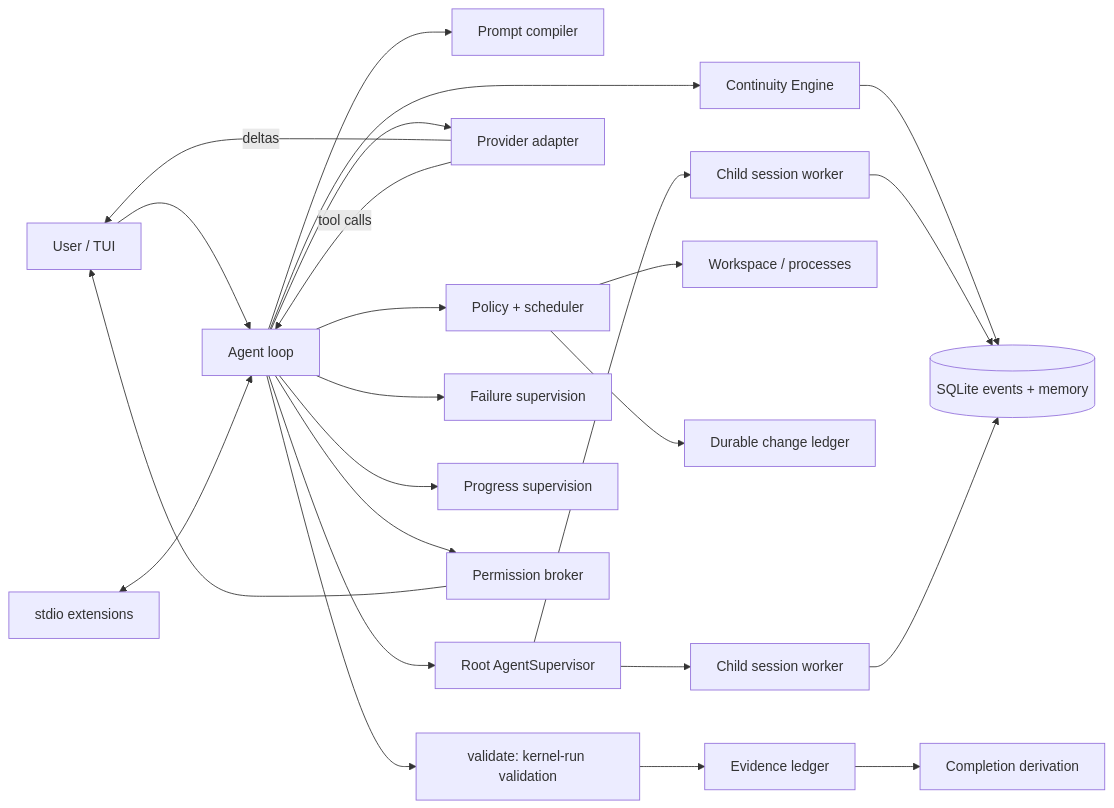
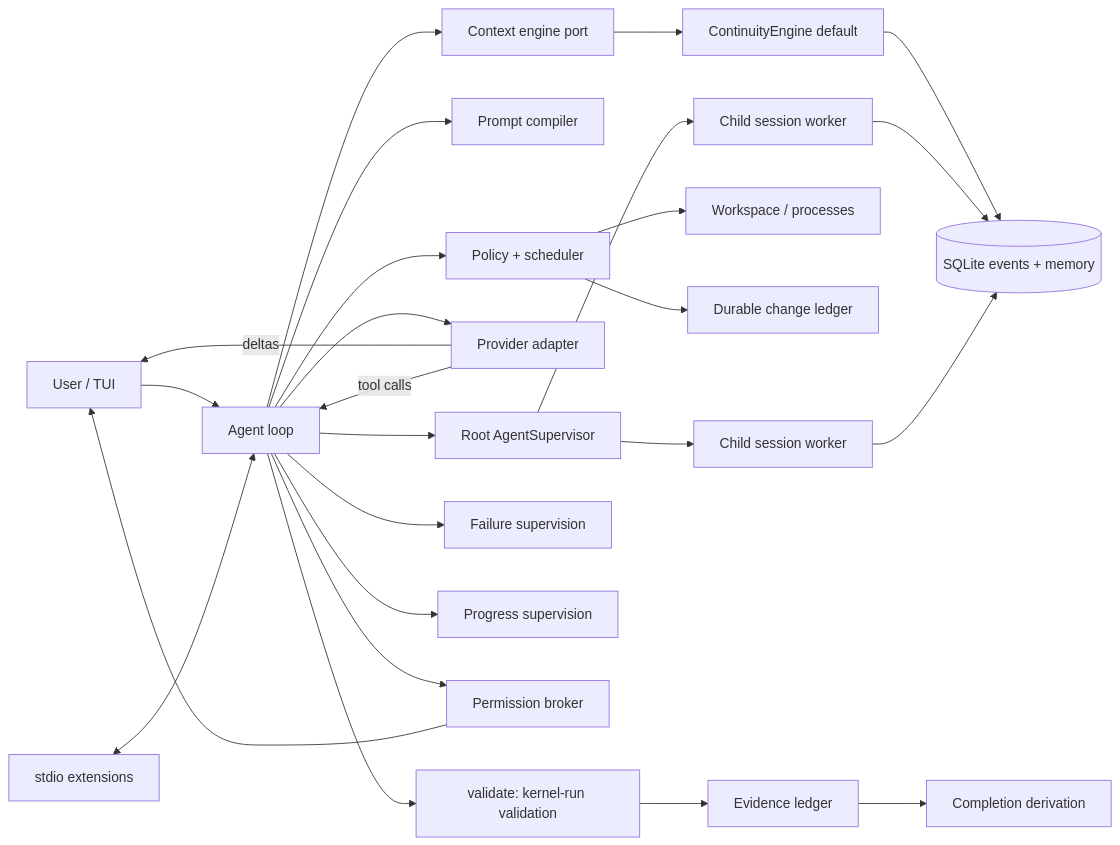
Before and after one commit to JinShuo-Li/latch: the diagram in docs/ARCHITECTURE.md, drawn with Mermaid. The commit also changed other lines of this file and 12 other files, not shown here.

First line of the commit message:
refactor(kernel): add runtime capability model and context-engine port

````diff
--- a/docs/ARCHITECTURE.md
+++ b/docs/ARCHITECTURE.md
@@ -10,26 +15,27 @@
 ```mermaid
 flowchart LR
     U[User / TUI] --> K[Agent loop]
-    K --> C[Continuity Engine]
+    K --> CE[Context engine port]
+    CE --> C[ContinuityEngine default]
     C --> S[(SQLite events + memory)]
     K --> P[Prompt compiler]
     K --> V[validate: kernel-run validation]
     V --> E[Evidence ledger]
     E --> CP[Completion derivation]
     K --> M[Provider adapter]
     M -->|deltas| U
     M -->|tool calls| K
     K --> G[Policy + scheduler]
     G --> W[Workspace / processes]
     G --> L[Durable change ledger]
     K --> F[Failure supervision]
     K --> PS[Progress supervision]
     K --> PB[Permission broker]
     PB --> U
     K --> AS[Root AgentSupervisor]
     AS --> A1[Child session worker]
     AS --> A2[Child session worker]
     A1 --> S
     A2 --> S
     X[stdio extensions] <--> K
 ```
````
